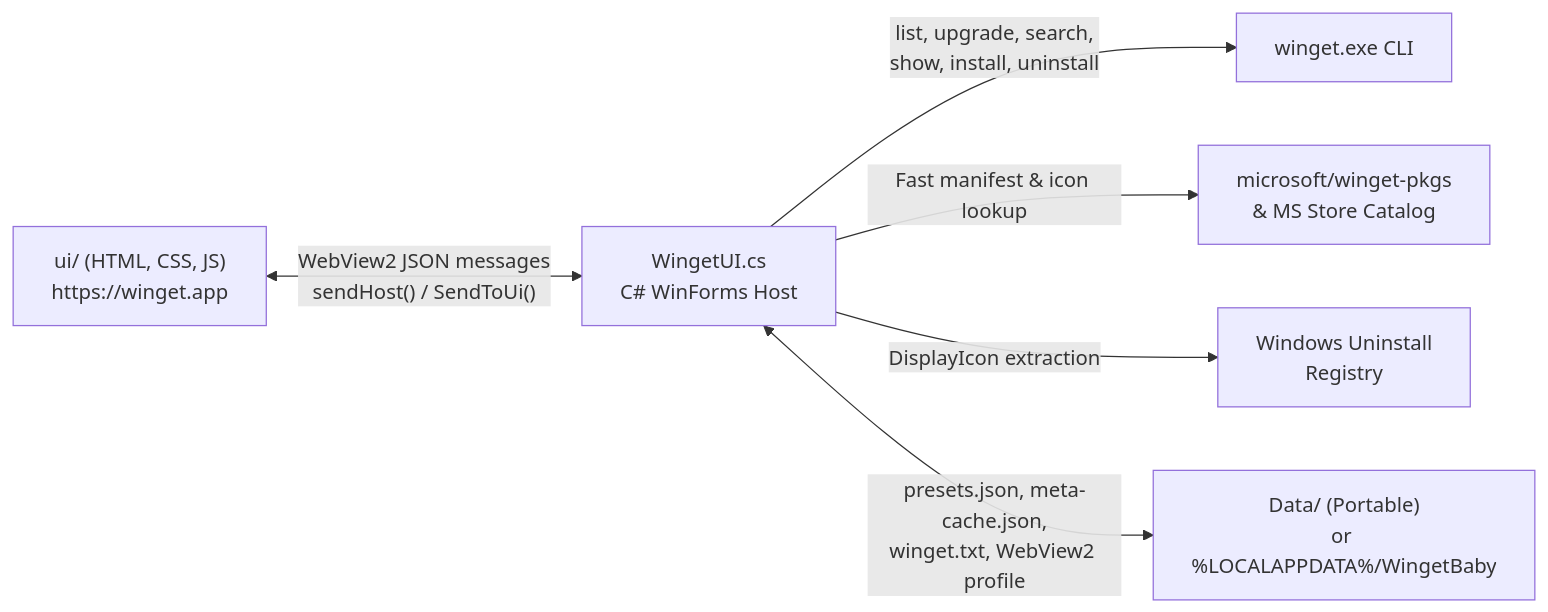
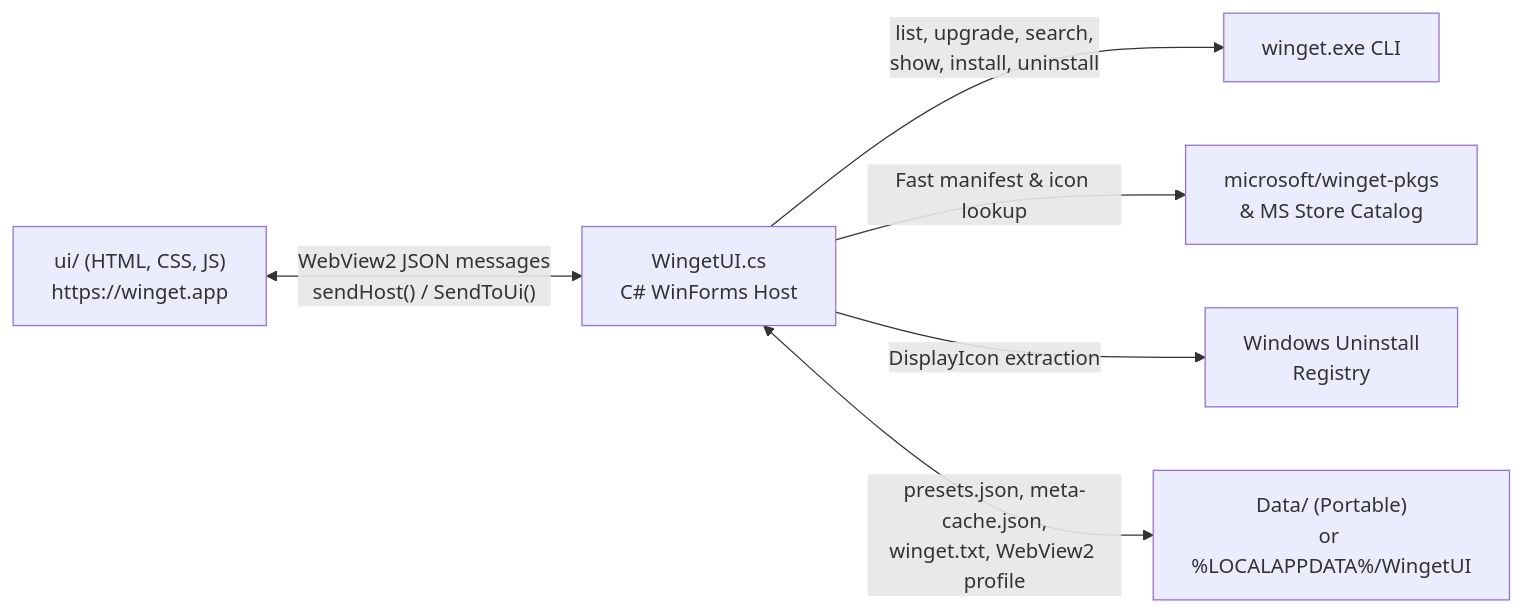
One commit to projectGloria/WingetUI changed the diagram in README.md. Above: the diagram before and after it, drawn with Mermaid. The commit also changed other lines of this file and 12 other files, not shown here.

````diff
--- a/README.md
+++ b/README.md
@@ -66,8 +66,8 @@
 ```mermaid
 flowchart LR
     UI["ui/ (HTML, CSS, JS)<br/>https://winget.app"] <-->|"WebView2 JSON messages<br/>sendHost() / SendToUi()"| Host["WingetUI.cs<br/>C# WinForms Host"]
     Host -->|"list, upgrade, search,<br/>show, install, uninstall"| Winget["winget.exe CLI"]
     Host -->|"Fast manifest &amp; icon lookup"| GitHub["microsoft/winget-pkgs<br/>&amp; MS Store Catalog"]
     Host -->|"DisplayIcon extraction"| Reg["Windows Uninstall<br/>Registry"]
-    Host <-->|"presets.json, meta-cache.json,<br/>winget.txt, WebView2 profile"| Data["Data/ (Portable)<br/>or %LOCALAPPDATA%/WingetBaby"]
+    Host <-->|"presets.json, meta-cache.json,<br/>winget.txt, WebView2 profile"| Data["Data/ (Portable)<br/>or %LOCALAPPDATA%/WingetUI"]
 ```
````
